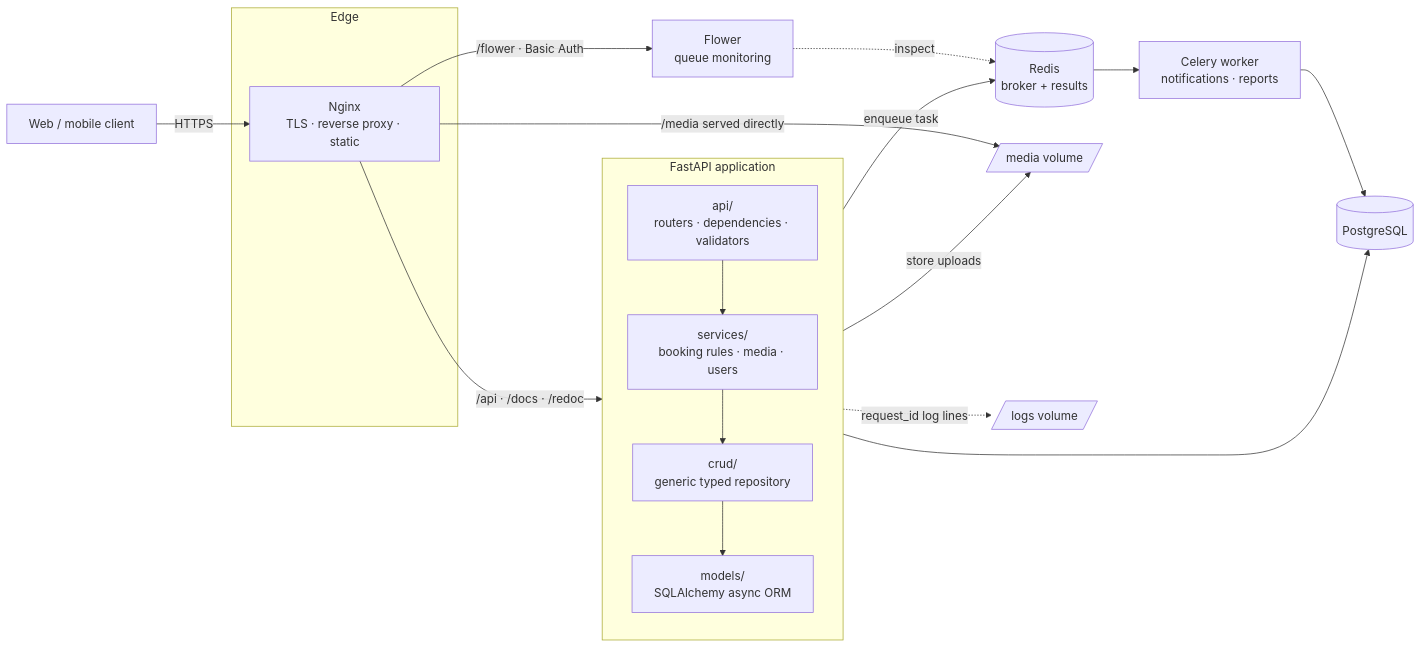
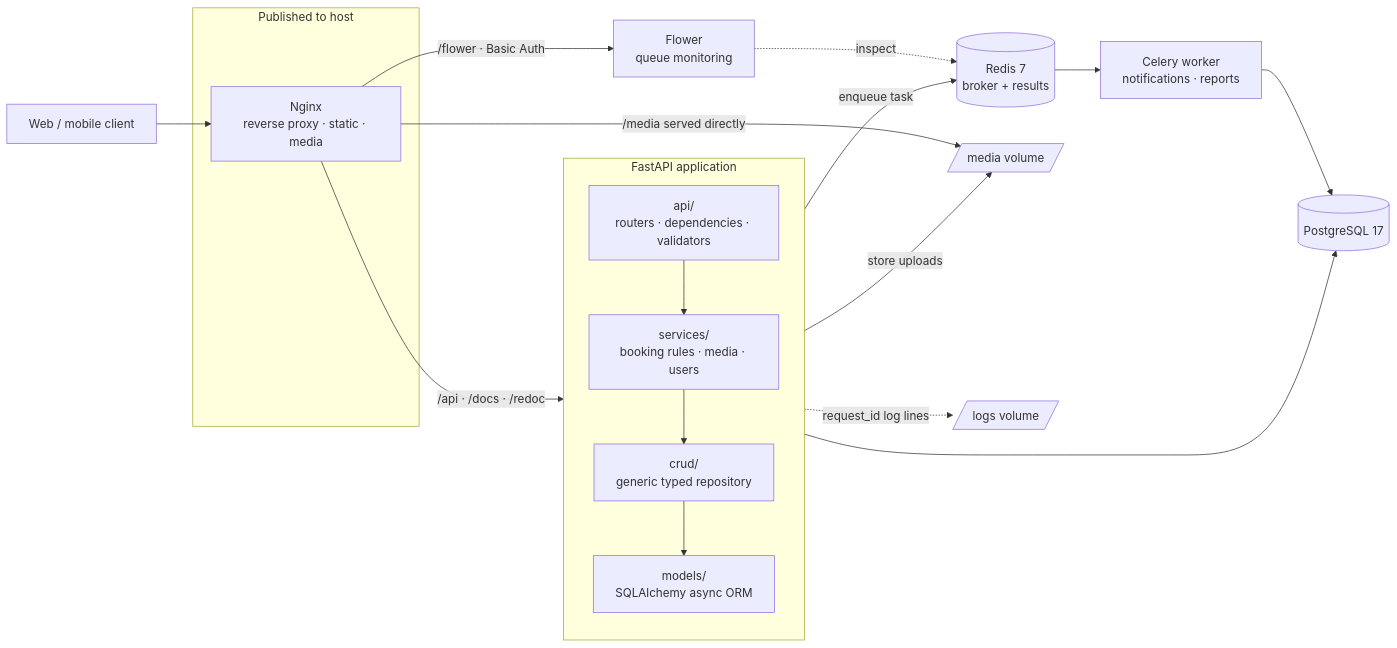
Before and after one commit to Tseitlin-Sofia/booking-seats-backend: the diagram in README.md, drawn with Mermaid. The commit also changed other lines of this file and 3 other files, not shown here.

````diff
--- a/README.md
+++ b/README.md
@@ -61,37 +59,37 @@
 ```mermaid
 flowchart LR
     Client["Web / mobile client"]
 
-    subgraph edge["Edge"]
-        NGX["Nginx<br/>TLS · reverse proxy · static"]
+    subgraph edge["Published to host"]
+        NGX["Nginx<br/>reverse proxy · static · media"]
     end
 
     subgraph app["FastAPI application"]
         direction TB
         API["api/<br/>routers · dependencies · validators"]
         SVC["services/<br/>booking rules · media · users"]
         REPO["crud/<br/>generic typed repository"]
         ORM["models/<br/>SQLAlchemy async ORM"]
         API --> SVC --> REPO --> ORM
     end
 
     WRK["Celery worker<br/>notifications · reports"]
     FLW["Flower<br/>queue monitoring"]
-    RDS[("Redis<br/>broker + results")]
-    PG[("PostgreSQL")]
+    RDS[("Redis 7<br/>broker + results")]
+    PG[("PostgreSQL 17")]
     MEDIA[/"media volume"/]
     LOGS[/"logs volume"/]
 
-    Client -->|HTTPS| NGX
+    Client --> NGX
     NGX -->|"/api · /docs · /redoc"| API
     NGX -->|"/flower · Basic Auth"| FLW
     NGX -->|"/media served directly"| MEDIA
 
     ORM --> PG
     SVC -->|"enqueue task"| RDS
     RDS --> WRK
     WRK --> PG
     FLW -.->|"inspect"| RDS
     SVC -->|"store uploads"| MEDIA
     API -.->|"request_id log lines"| LOGS
 ```
````
